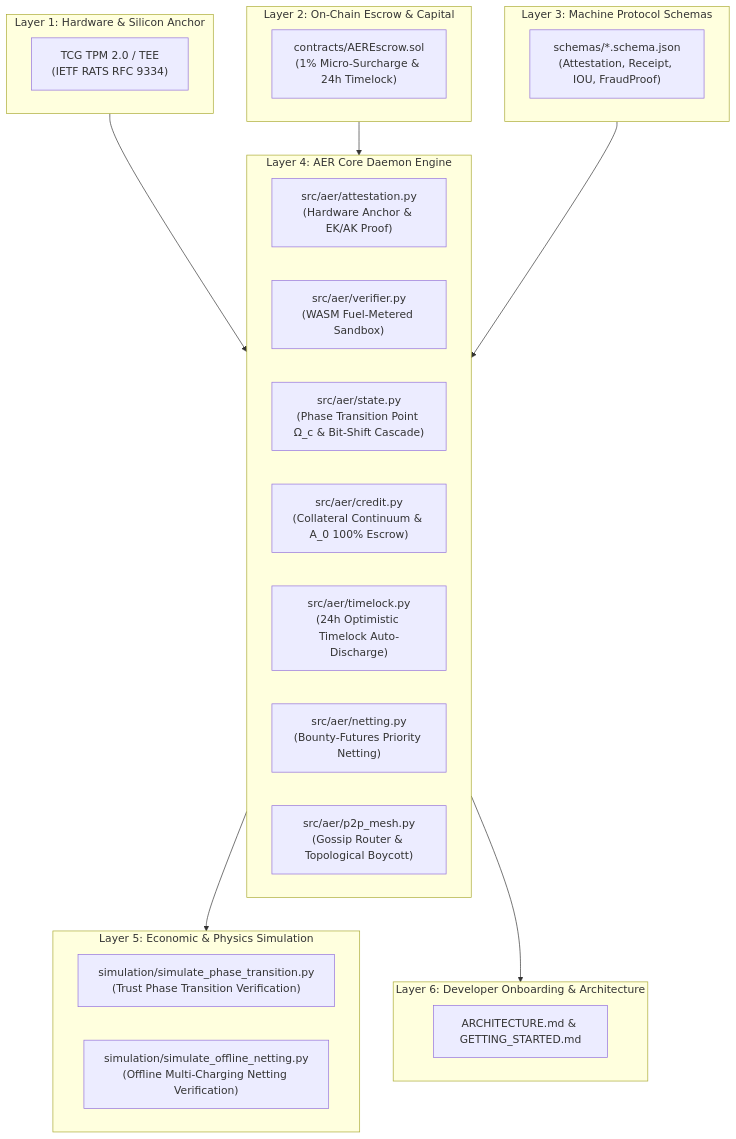
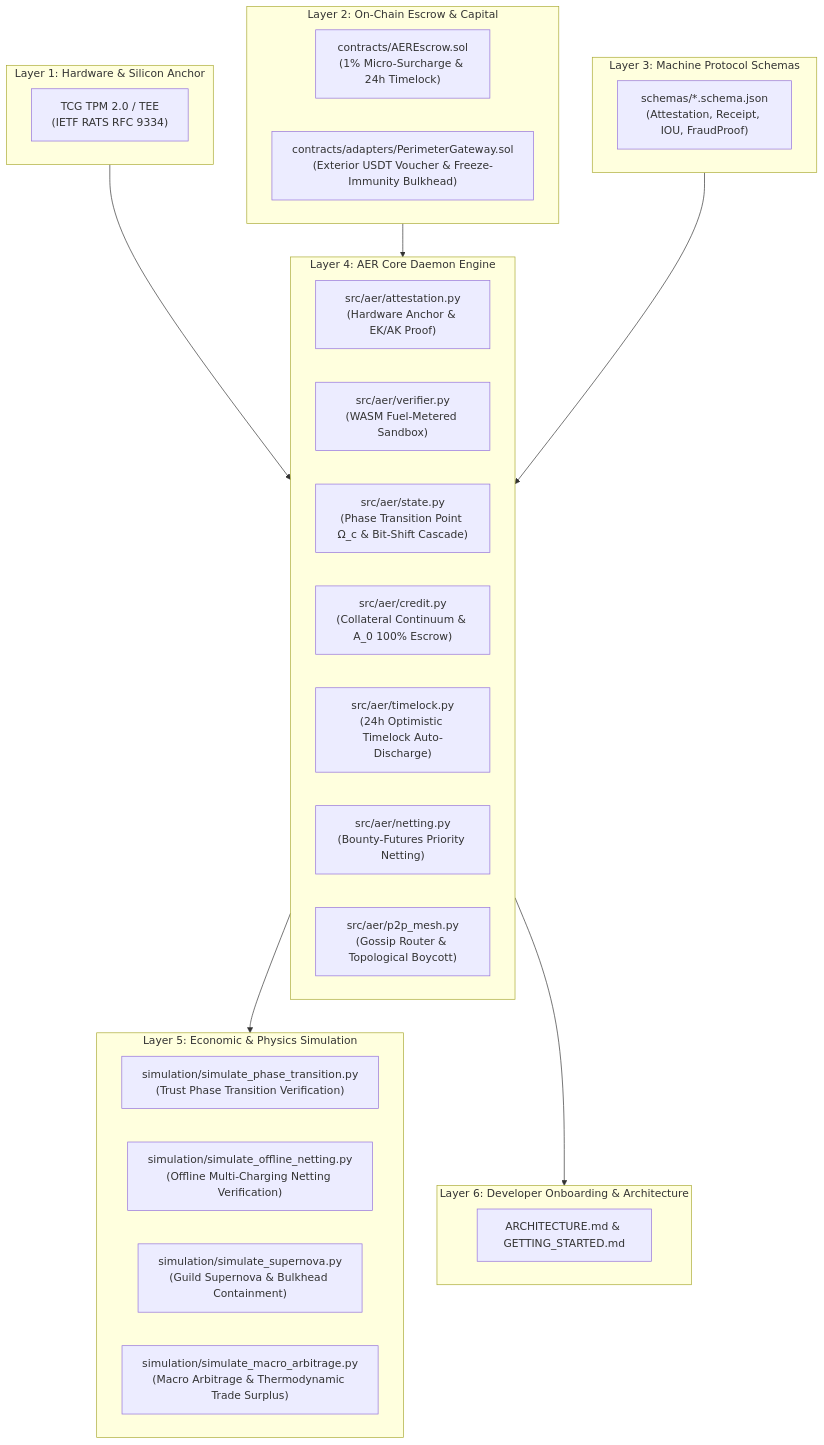
One commit to Team-Sequence-Thaumaturge/AER changed the diagram in ROADMAP.md. Above: the diagram before and after it, drawn with Mermaid. The commit also changed other lines of this file and 5 other files, not shown here.

Commit message:
docs: integrate Appendix A on macroeconomic boundary conditions, perimeter gateway, and indirect arbitrage (v1.8.5)

````diff
--- a/ROADMAP.md
+++ b/ROADMAP.md
@@ -8,39 +8,42 @@
 ```mermaid
 graph TD
     subgraph Layer1 [Layer 1: Hardware & Silicon Anchor]
         TPM["TCG TPM 2.0 / TEE<br/>(IETF RATS RFC 9334)"]
     end
 
     subgraph Layer2 [Layer 2: On-Chain Escrow & Capital]
         Escrow["contracts/AEREscrow.sol<br/>(1% Micro-Surcharge & 24h Timelock)"]
+        Gateway["contracts/adapters/PerimeterGateway.sol<br/>(Exterior USDT Voucher & Freeze-Immunity Bulkhead)"]
     end
 
     subgraph Layer3 [Layer 3: Machine Protocol Schemas]
         Schemas["schemas/*.schema.json<br/>(Attestation, Receipt, IOU, FraudProof)"]
     end
 
     subgraph Layer4 [Layer 4: AER Core Daemon Engine]
         Attest["src/aer/attestation.py<br/>(Hardware Anchor & EK/AK Proof)"]
         Verify["src/aer/verifier.py<br/>(WASM Fuel-Metered Sandbox)"]
         State["src/aer/state.py<br/>(Phase Transition Point Ω_c & Bit-Shift Cascade)"]
         Credit["src/aer/credit.py<br/>(Collateral Continuum & A_0 100% Escrow)"]
         Timelock["src/aer/timelock.py<br/>(24h Optimistic Timelock Auto-Discharge)"]
         Netting["src/aer/netting.py<br/>(Bounty-Futures Priority Netting)"]
         Mesh["src/aer/p2p_mesh.py<br/>(Gossip Router & Topological Boycott)"]
     end
 
     subgraph Layer5 [Layer 5: Economic & Physics Simulation]
         SimPhase["simulation/simulate_phase_transition.py<br/>(Trust Phase Transition Verification)"]
         SimNet["simulation/simulate_offline_netting.py<br/>(Offline Multi-Charging Netting Verification)"]
+        SimSuper["simulation/simulate_supernova.py<br/>(Guild Supernova & Bulkhead Containment)"]
+        SimMacro["simulation/simulate_macro_arbitrage.py<br/>(Macro Arbitrage & Thermodynamic Trade Surplus)"]
     end
 
     subgraph Layer6 [Layer 6: Developer Onboarding & Architecture]
         Docs["ARCHITECTURE.md & GETTING_STARTED.md"]
     end
 
     Layer1 --> Layer4
     Layer2 --> Layer4
     Layer3 --> Layer4
     Layer4 --> Layer5
     Layer4 --> Layer6
 ```
````
